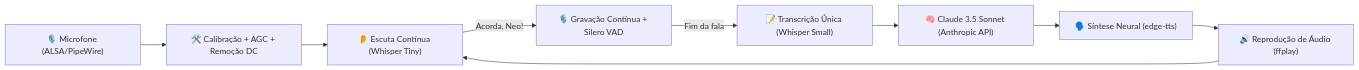
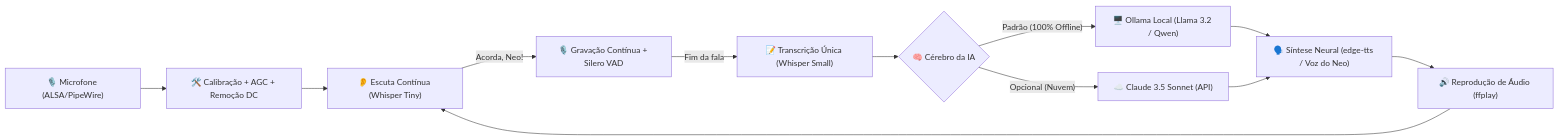
One commit to wiskton/AcordaNeo changed the diagram in README.md. Above: the diagram before and after it, drawn with Mermaid. The commit also changed other lines of this file and 5 other files, not shown here.

Commit message:
feat(ollama): support 100% offline local models via Ollama with priority over Claude

````diff
--- a/README.md
+++ b/README.md
@@ -35,11 +36,14 @@
 ```mermaid
 flowchart LR
     Mic["🎙️ Microfone (ALSA/PipeWire)"] --> Pre["🛠️ Calibração + AGC + Remoção DC"]
     Pre --> Wake["👂 Escuta Contínua (Whisper Tiny)"]
     Wake -- "Acorda, Neo!" --> Rec["🎙️ Gravação Contínua + Silero VAD"]
     Rec -- "Fim da fala" --> STT["📝 Transcrição Única (Whisper Small)"]
-    STT --> LLM["🧠 Claude 3.5 Sonnet (Anthropic API)"]
-    LLM --> TTS["🗣️ Síntese Neural (edge-tts)"]
+    STT --> LLM{"🧠 Cérebro da IA"}
+    LLM -- "Padrão (100% Offline)" --> Ollama["🖥️ Ollama Local (Llama 3.2 / Qwen)"]
+    LLM -- "Opcional (Nuvem)" --> Claude["☁️ Claude 3.5 Sonnet (API)"]
+    Ollama --> TTS["🗣️ Síntese Neural (edge-tts / Voz do Neo)"]
+    Claude --> TTS
     TTS --> Play["🔊 Reprodução de Áudio (ffplay)"]
     Play --> Wake
 ```
````
